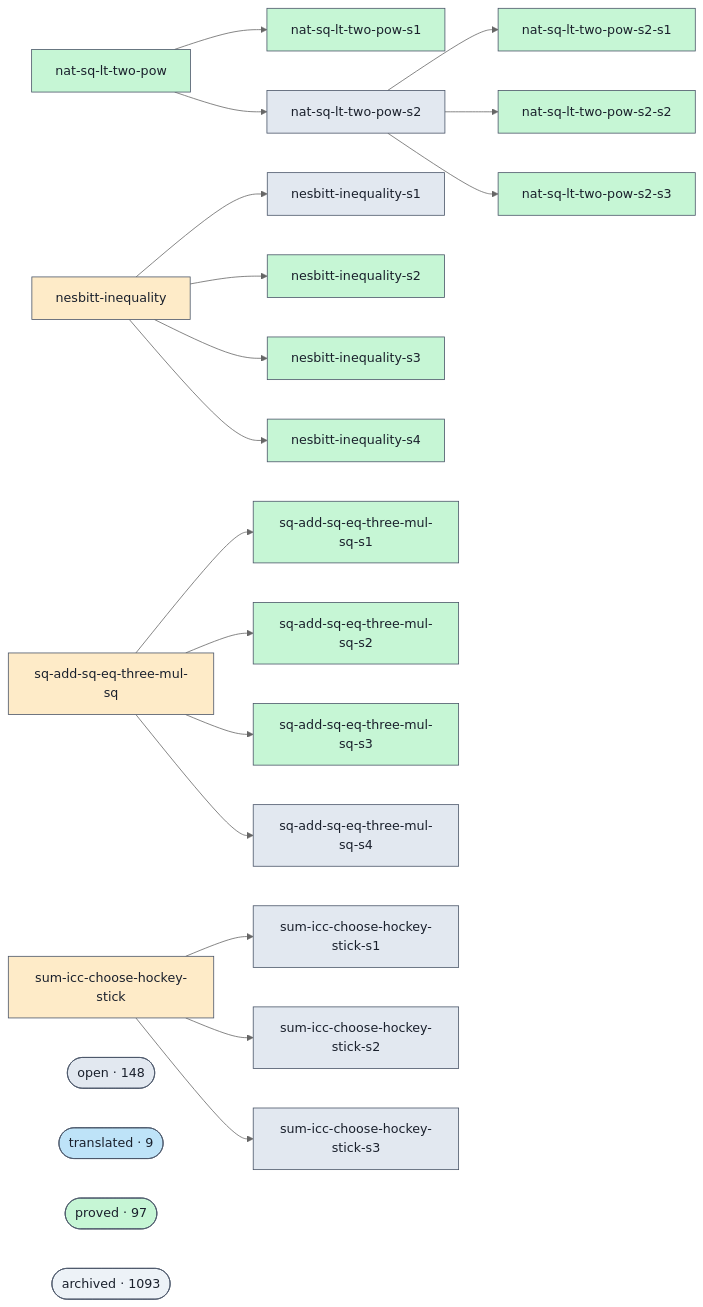
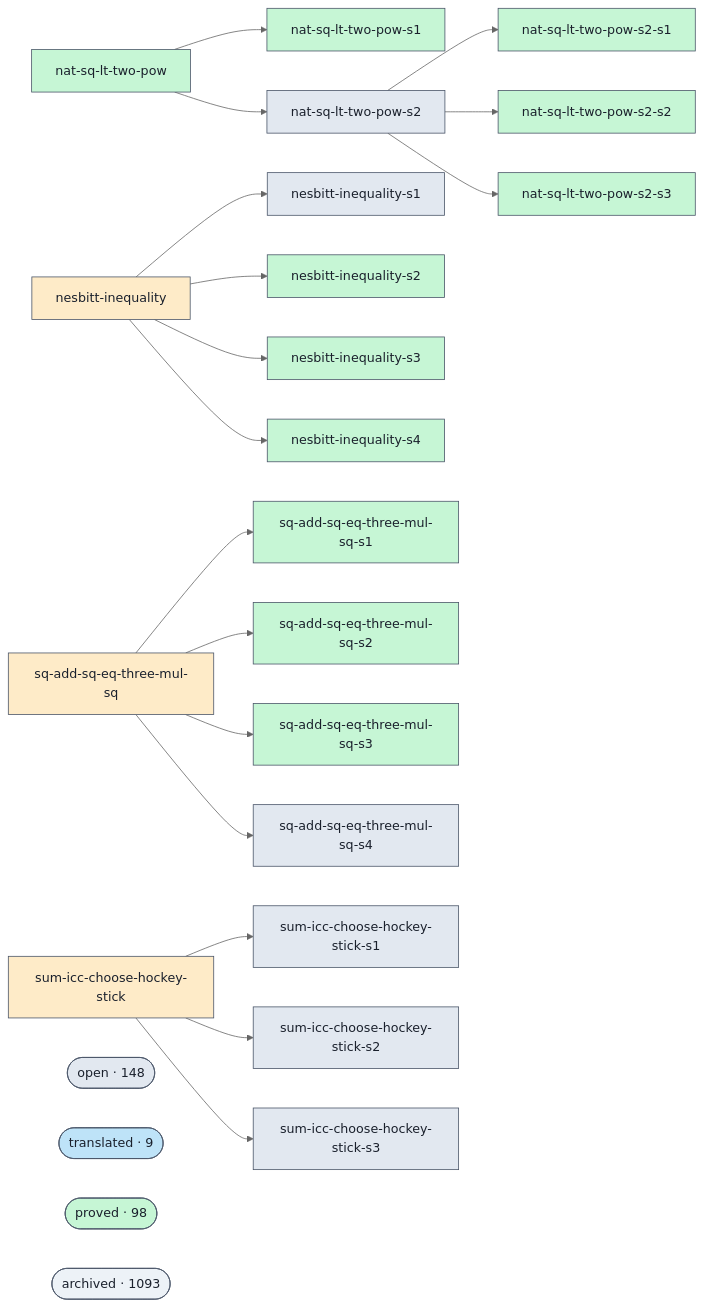
One commit to Rauxon/unsorry changed the diagram in docs/proofs-contributors-visualisation.md. Above: the diagram before and after it, drawn with Mermaid (neutral theme). The commit also changed other lines of this file and 2 other files, not shown here.

```diff
--- a/docs/proofs-contributors-visualisation.md
+++ b/docs/proofs-contributors-visualisation.md
@@ -102,7 +102,7 @@
   class cluster_open open;
   cluster_translated(["translated · 9"])
   class cluster_translated translated;
-  cluster_proved(["proved · 97"])
+  cluster_proved(["proved · 98"])
   class cluster_proved proved;
   cluster_archived(["archived · 1093"])
   class cluster_archived unknown;
```
